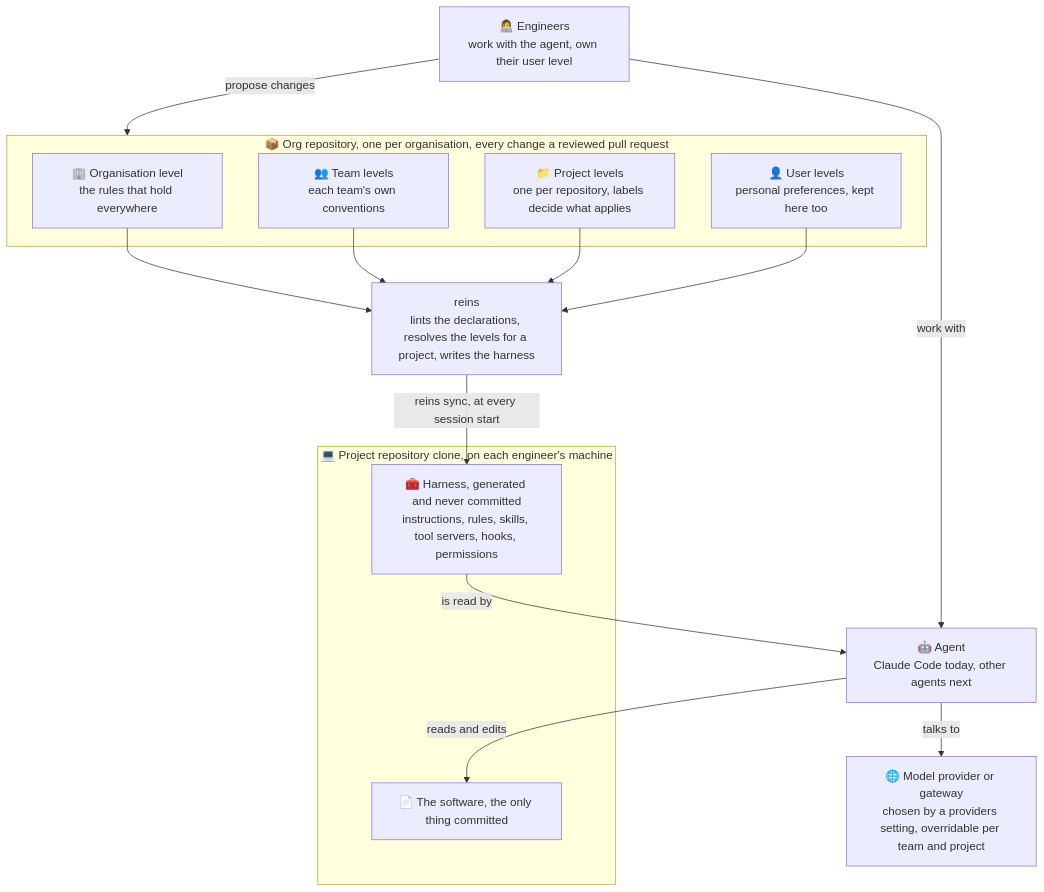
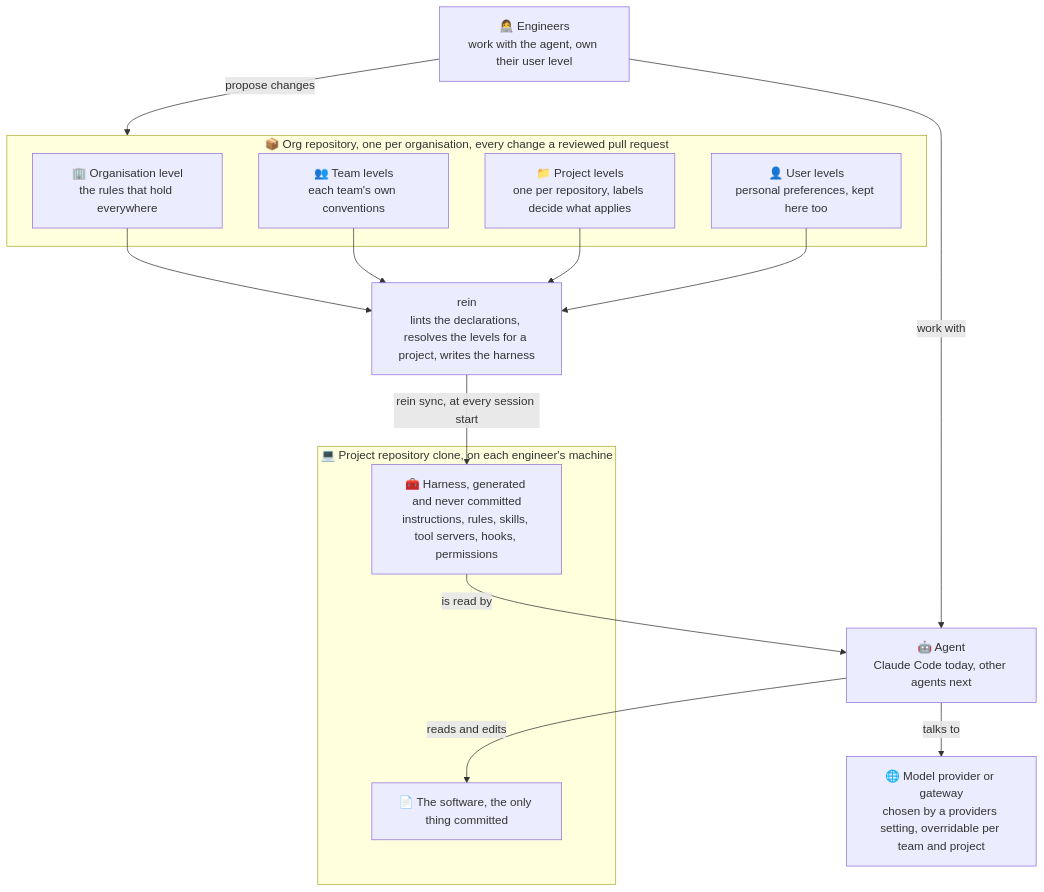
Before and after one commit to Danidani23/agents-rein: the first of 2 diagrams in README.md, drawn with Mermaid. The commit also changed other lines of this file and 11 other files, not shown here.

````diff
--- a/README.md
+++ b/README.md
@@ -38,27 +38,27 @@
 ```mermaid
 graph TD
   E["👩‍💻 Engineers<br/>work with the agent, own their user level"]
   subgraph ORG["📦 Org repository, one per organisation, every change a reviewed pull request"]
     O["🏢 Organisation level<br/>the rules that hold everywhere"]
     T["👥 Team levels<br/>each team's own conventions"]
     P["📁 Project levels<br/>one per repository, labels decide what applies"]
     U["👤 User levels<br/>personal preferences, kept here too"]
   end
-  R["reins<br/>lints the declarations, resolves the levels for a project, writes the harness"]
+  R["rein<br/>lints the declarations, resolves the levels for a project, writes the harness"]
   subgraph CLONE["💻 Project repository clone, on each engineer's machine"]
     H["🧰 Harness, generated and never committed<br/>instructions, rules, skills, tool servers, hooks, permissions"]
     S["📄 The software, the only thing committed"]
   end
   A["🤖 Agent<br/>Claude Code today, other agents next"]
   G["🌐 Model provider or gateway<br/>chosen by a providers setting, overridable per team and project"]
   E -->|propose changes| ORG
   O --> R
   T --> R
   P --> R
   U --> R
-  R -->|reins sync, at every session start| H
+  R -->|rein sync, at every session start| H
   H -->|is read by| A
   E -->|work with| A
   A -->|reads and edits| S
   A -->|talks to| G
 ```
````
